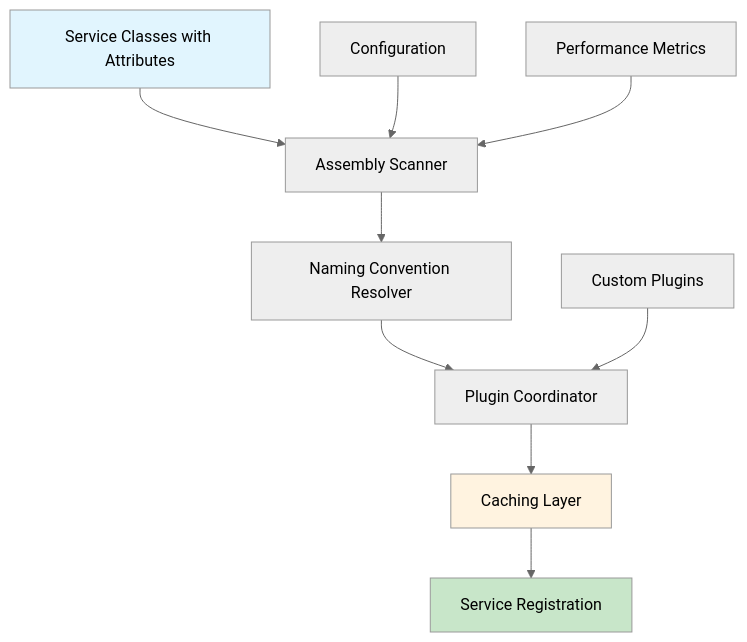
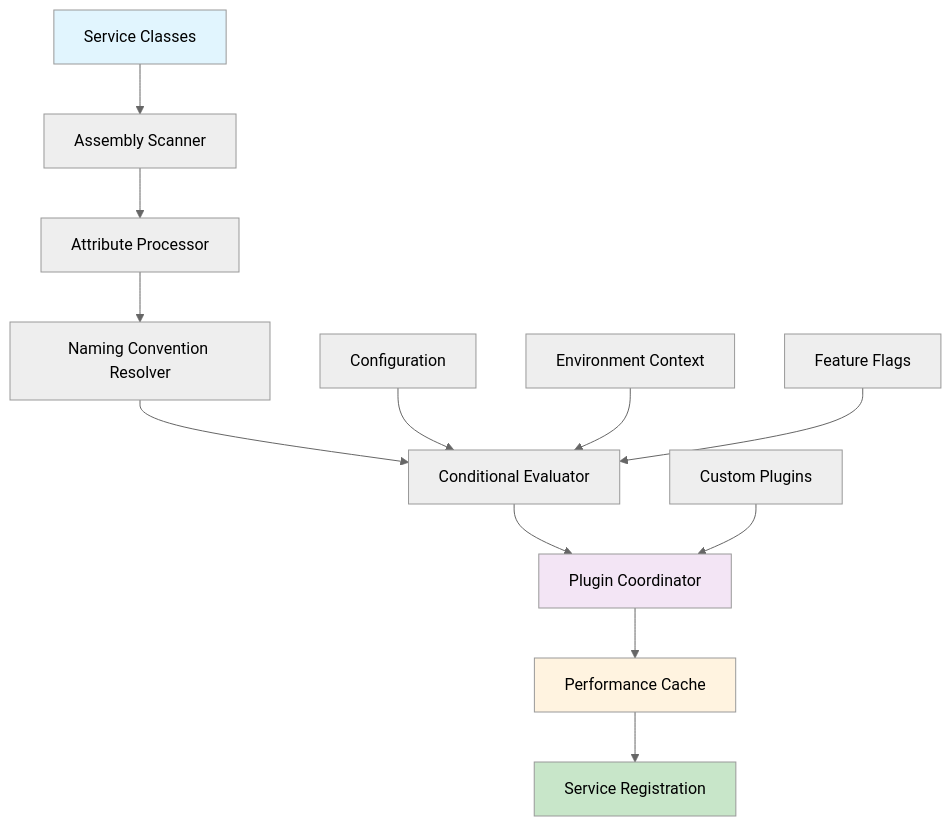
One commit to furkansarikaya/FS.AutoServiceDiscovery changed the diagram in README.md. Above: the diagram before and after it, drawn with Mermaid (neutral theme). The commit also changed other lines of this file and 4 other files, not shown here.

Commit message:
Add comprehensive Getting Started guide and Service Registration documentation

````diff
--- a/README.md
+++ b/README.md
@@ -89,16 +99,20 @@
 ```mermaid
 graph TB
-    A[Service Classes with Attributes] --> B[Assembly Scanner]
-    B --> C[Naming Convention Resolver]
-    C --> D[Plugin Coordinator]
-    D --> E[Caching Layer]
-    E --> F[Service Registration]
+    A[Service Classes] --> B[Assembly Scanner]
+    B --> C[Attribute Processor]
+    C --> D[Naming Convention Resolver]
+    D --> E[Conditional Evaluator]
+    E --> F[Plugin Coordinator]
+    F --> G[Performance Cache]
+    G --> H[Service Registration]
     
-    G[Configuration] --> B
-    H[Performance Metrics] --> B
-    I[Custom Plugins] --> D
+    I[Configuration] --> E
+    J[Environment Context] --> E
+    K[Feature Flags] --> E
+    L[Custom Plugins] --> F
     
     style A fill:#e1f5fe
-    style F fill:#c8e6c9
-    style E fill:#fff3e0
+    style H fill:#c8e6c9
+    style G fill:#fff3e0
+    style F fill:#f3e5f5
 ```
````
